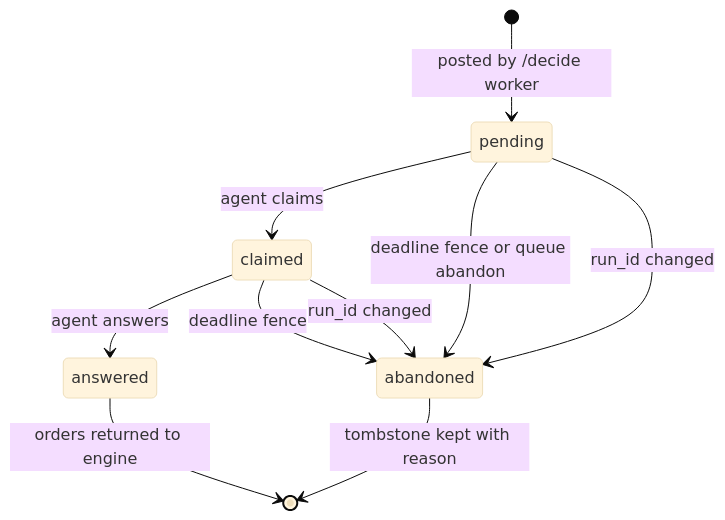
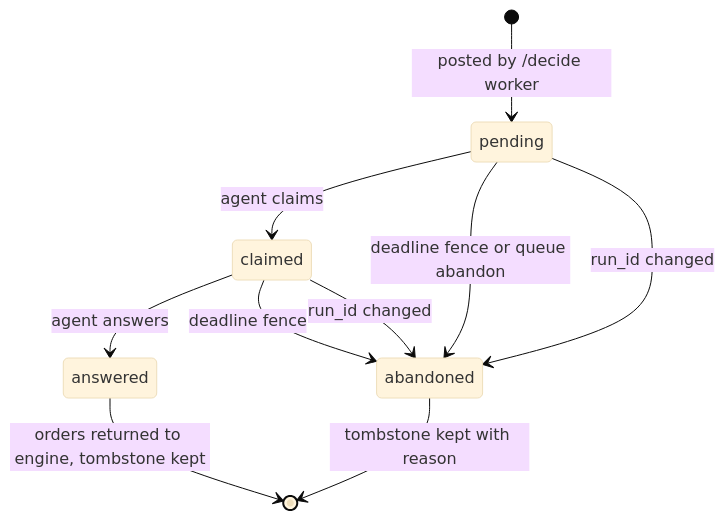
One commit to scbrown/NeuralAmplifier changed the fourth of 8 diagrams in docs/patents/provisional-decision-delegation.md. Above: the diagram before and after it, drawn with Mermaid (base theme). The commit also changed other lines of this file, not shown here.

````diff
--- a/docs/patents/provisional-decision-delegation.md
+++ b/docs/patents/provisional-decision-delegation.md
@@ -266,12 +267,12 @@
 ```mermaid
 stateDiagram-v2
     [*] --> pending: posted by /decide worker
     pending --> claimed: agent claims
     claimed --> answered: agent answers
     pending --> abandoned: deadline fence or queue abandon
     claimed --> abandoned: deadline fence
     pending --> abandoned: run_id changed
     claimed --> abandoned: run_id changed
-    answered --> [*]: orders returned to engine
+    answered --> [*]: orders returned to engine, tombstone kept
     abandoned --> [*]: tombstone kept with reason
 ```
````
